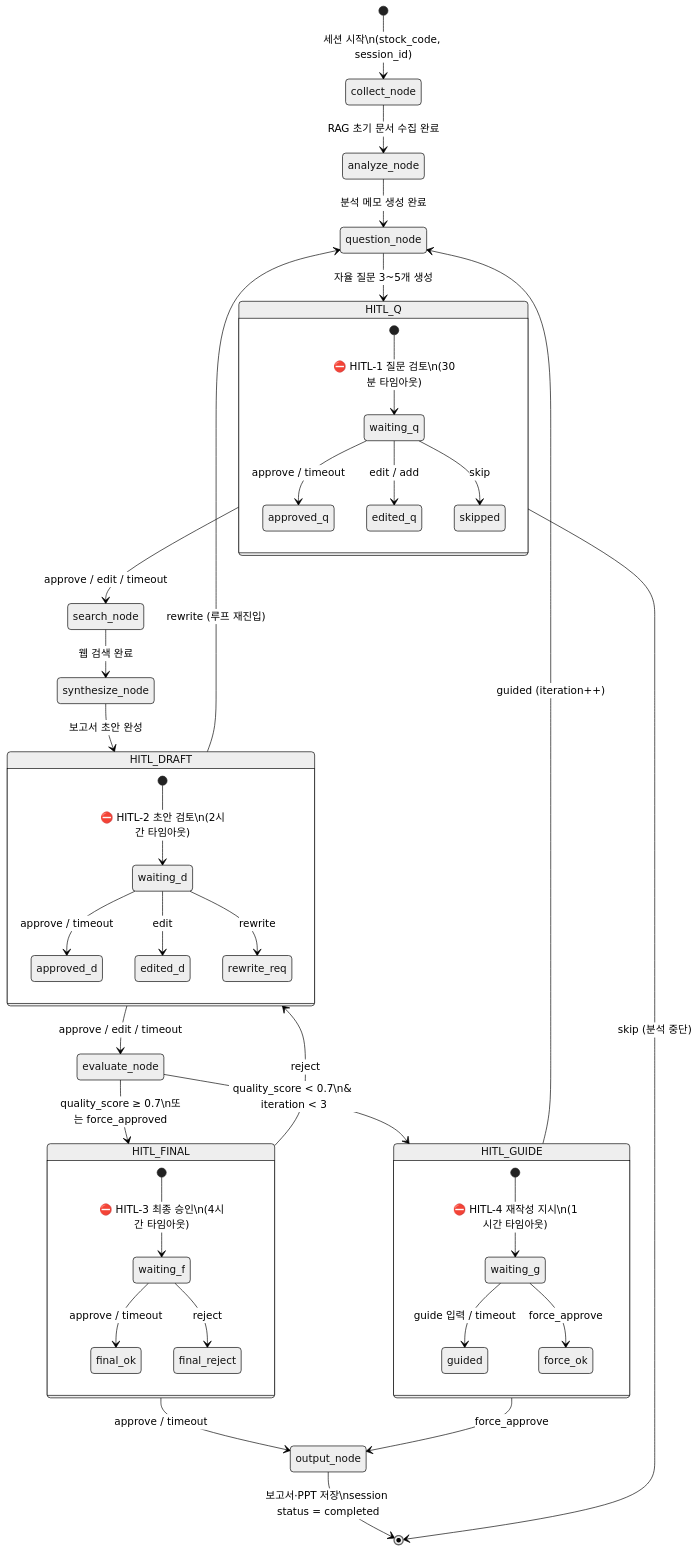
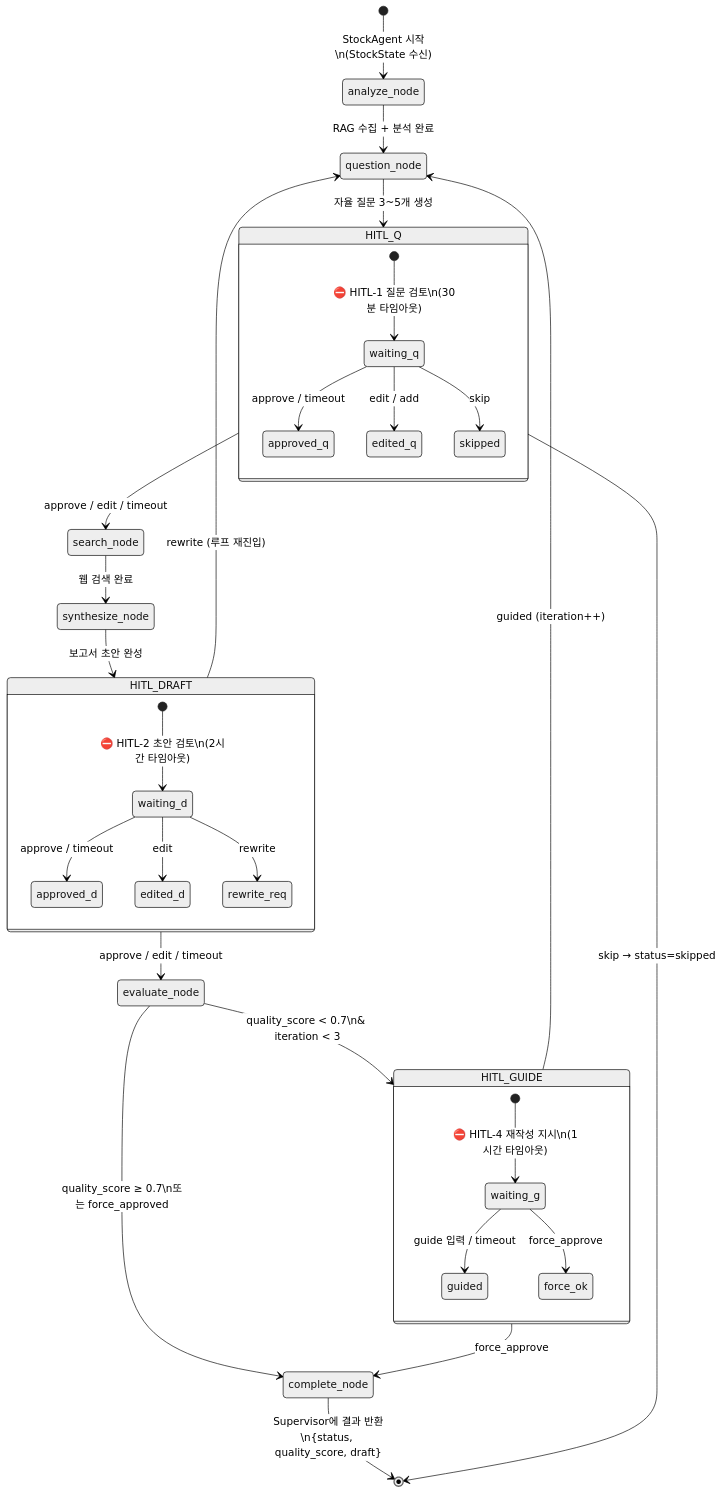
Before and after one commit to zoofighter/auto_research: the fifth of 9 diagrams in docs/diagrams.md, drawn with Mermaid (neutral theme). The commit also changed other lines of this file and 2 other files, not shown here.

Commit message:
docs: update diagrams and implementation plan to reflect latest architectural changes

````diff
--- a/docs/diagrams.md
+++ b/docs/diagrams.md
@@ -263,58 +294,47 @@
 ```mermaid
 stateDiagram-v2
-    [*] --> collect_node : 세션 시작\n(stock_code, session_id)
+    [*] --> analyze_node : StockAgent 시작\n(StockState 수신)
 
-    collect_node --> analyze_node : RAG 초기 문서 수집 완료
-
-    analyze_node --> question_node : 분석 메모 생성 완료
+    analyze_node --> question_node : RAG 수집 + 분석 완료
 
     question_node --> HITL_Q : 자율 질문 3~5개 생성
 
     state HITL_Q {
         [*] --> waiting_q : ⛔ HITL-1 질문 검토\n(30분 타임아웃)
         waiting_q --> approved_q : approve / timeout
         waiting_q --> edited_q : edit / add
         waiting_q --> skipped : skip
     }
 
     HITL_Q --> search_node : approve / edit / timeout
-    HITL_Q --> [*] : skip (분석 중단)
+    HITL_Q --> [*] : skip → status=skipped
 
     search_node --> synthesize_node : 웹 검색 완료
 
     synthesize_node --> HITL_DRAFT : 보고서 초안 완성
 
     state HITL_DRAFT {
         [*] --> waiting_d : ⛔ HITL-2 초안 검토\n(2시간 타임아웃)
         waiting_d --> approved_d : approve / timeout
         waiting_d --> edited_d : edit
         waiting_d --> rewrite_req : rewrite
     }
 
     HITL_DRAFT --> evaluate_node : approve / edit / timeout
     HITL_DRAFT --> question_node : rewrite (루프 재진입)
 
-    evaluate_node --> HITL_FINAL : quality_score ≥ 0.7\n또는 force_approved
-
-    state HITL_FINAL {
-        [*] --> waiting_f : ⛔ HITL-3 최종 승인\n(4시간 타임아웃)
-        waiting_f --> final_ok : approve / timeout
-        waiting_f --> final_reject : reject
-    }
-
-    HITL_FINAL --> output_node : approve / timeout
-    HITL_FINAL --> HITL_DRAFT : reject
-
     evaluate_node --> HITL_GUIDE : quality_score < 0.7\n& iteration < 3
 
     state HITL_GUIDE {
         [*] --> waiting_g : ⛔ HITL-4 재작성 지시\n(1시간 타임아웃)
         waiting_g --> guided : guide 입력 / timeout
         waiting_g --> force_ok : force_approve
     }
 
     HITL_GUIDE --> question_node : guided (iteration++)
-    HITL_GUIDE --> output_node : force_approve
+    HITL_GUIDE --> complete_node : force_approve
 
-    output_node --> [*] : 보고서·PPT 저장\nsession status = completed
+    evaluate_node --> complete_node : quality_score ≥ 0.7\n또는 force_approved
+
+    complete_node --> [*] : Supervisor에 결과 반환\n{status, quality_score, draft}
 ```
````
